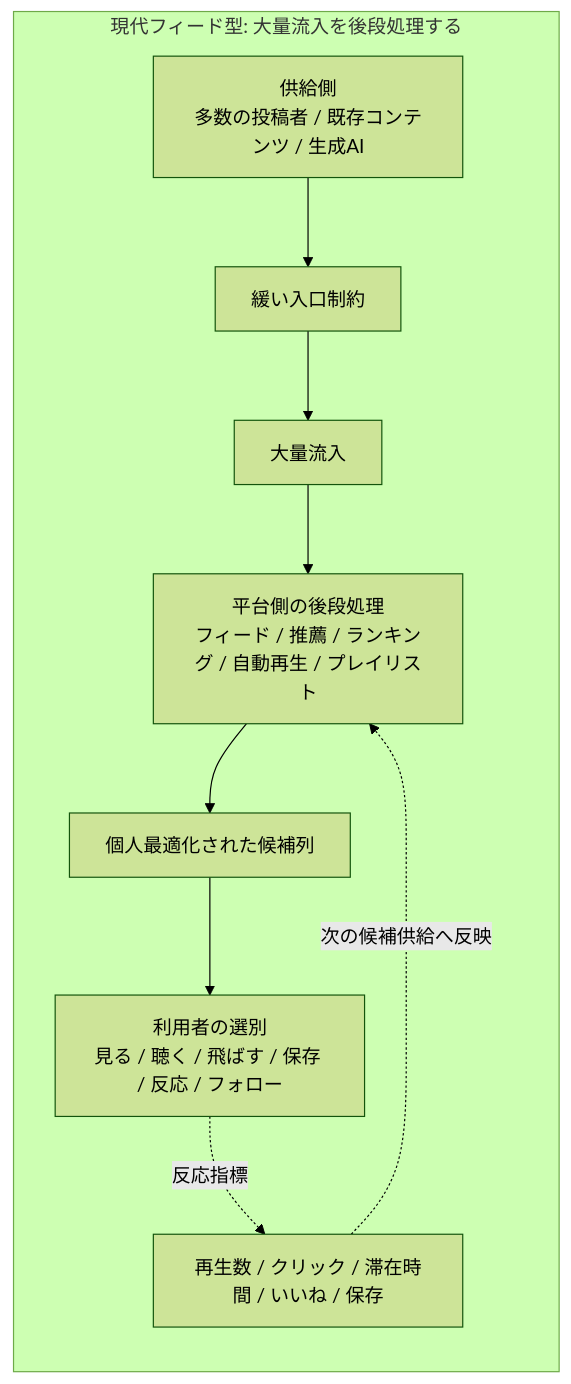
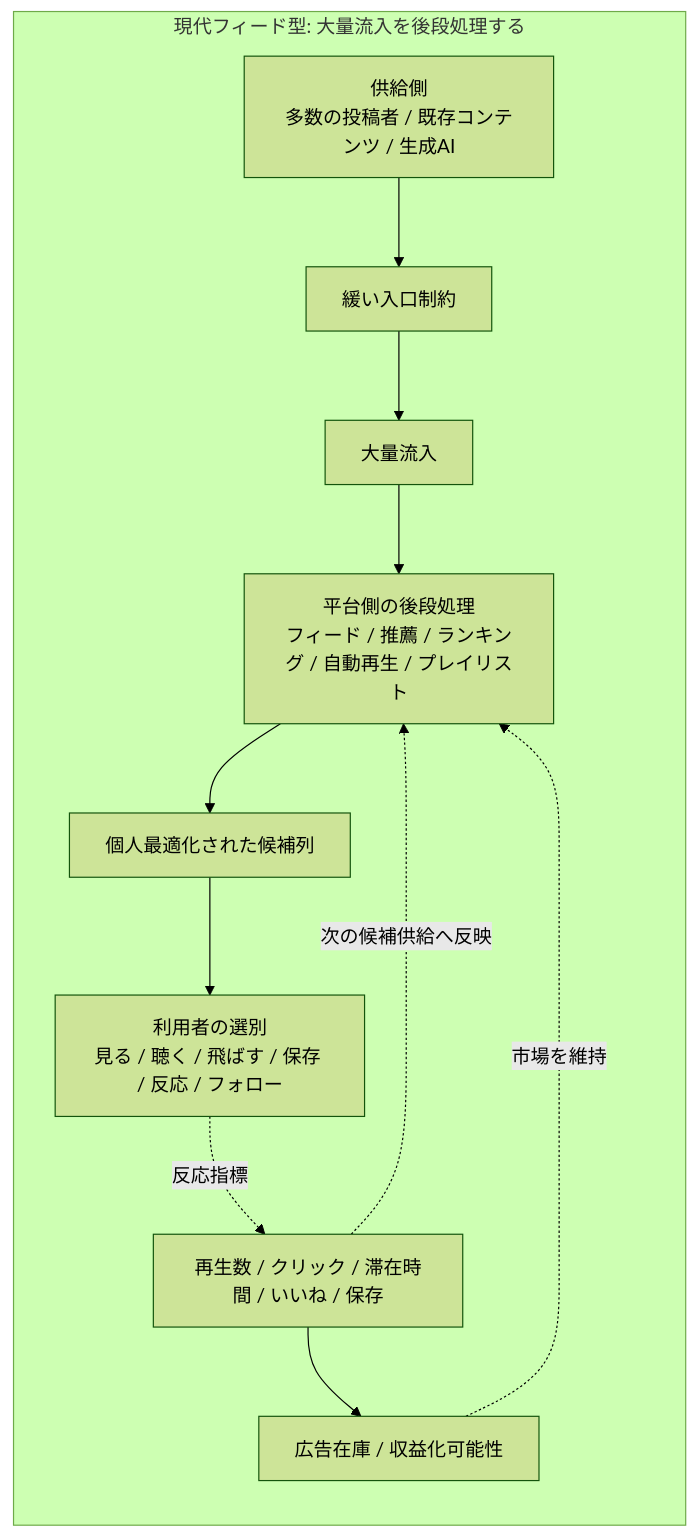
Before and after one commit to kuroam/hss-observation-reports: the second of 3 diagrams in reports/ja/006_ai_slop_conveyor_belt.md, drawn with Mermaid (forest theme). The commit also changed other lines of this file, not shown here.

````diff
--- a/reports/ja/006_ai_slop_conveyor_belt.md
+++ b/reports/ja/006_ai_slop_conveyor_belt.md
@@ -126,14 +126,16 @@
 ```mermaid
 flowchart LR
   subgraph FEED[現代フィード型: 大量流入を後段処理する]
     A[供給側<br/>多数の投稿者 / 既存コンテンツ / 生成AI]
       --> B[緩い入口制約]
       --> C[大量流入]
       --> D[平台側の後段処理<br/>フィード / 推薦 / ランキング / 自動再生 / プレイリスト]
       --> E[個人最適化された候補列]
       --> F[利用者の選別<br/>見る / 聴く / 飛ばす / 保存 / 反応 / フォロー]
 
     F -.反応指標.-> G[再生数 / クリック / 滞在時間 / いいね / 保存]
     G -.次の候補供給へ反映.-> D
+    G --> H[広告在庫 / 収益化可能性]
+    H -.市場を維持.-> D
   end
 ```
````
